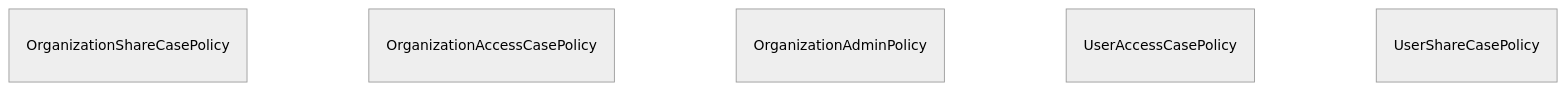
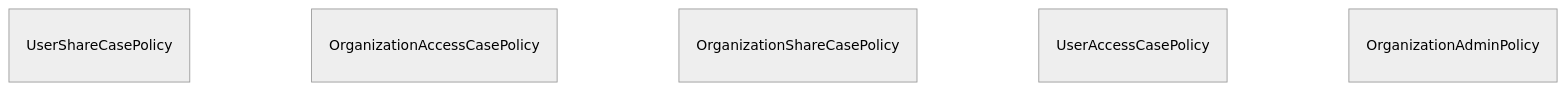
Before and after one commit to RIVM-bioinformatics/gen-epix-api: the diagram in docs/erm/casedb.abac.md, drawn with Mermaid (neutral theme). The commit also changed other lines of this file and 58 other files, not shown here.

````diff
--- a/docs/erm/casedb.abac.md
+++ b/docs/erm/casedb.abac.md
@@ -5,20 +5,20 @@
 ```mermaid
 erDiagram
     %% casedb / ABAC (simplified)
 
-    OrganizationShareCasePolicy {
+    UserShareCasePolicy {
     }
 
     OrganizationAccessCasePolicy {
     }
 
-    OrganizationAdminPolicy {
+    OrganizationShareCasePolicy {
     }
 
     UserAccessCasePolicy {
     }
 
-    UserShareCasePolicy {
+    OrganizationAdminPolicy {
     }
 
 ```
````
